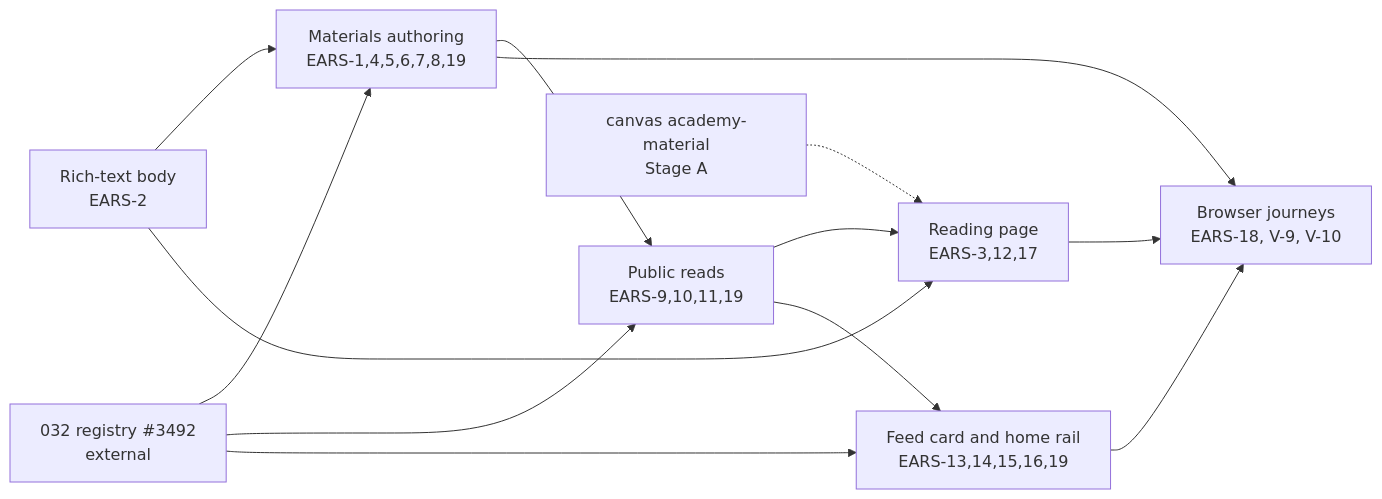
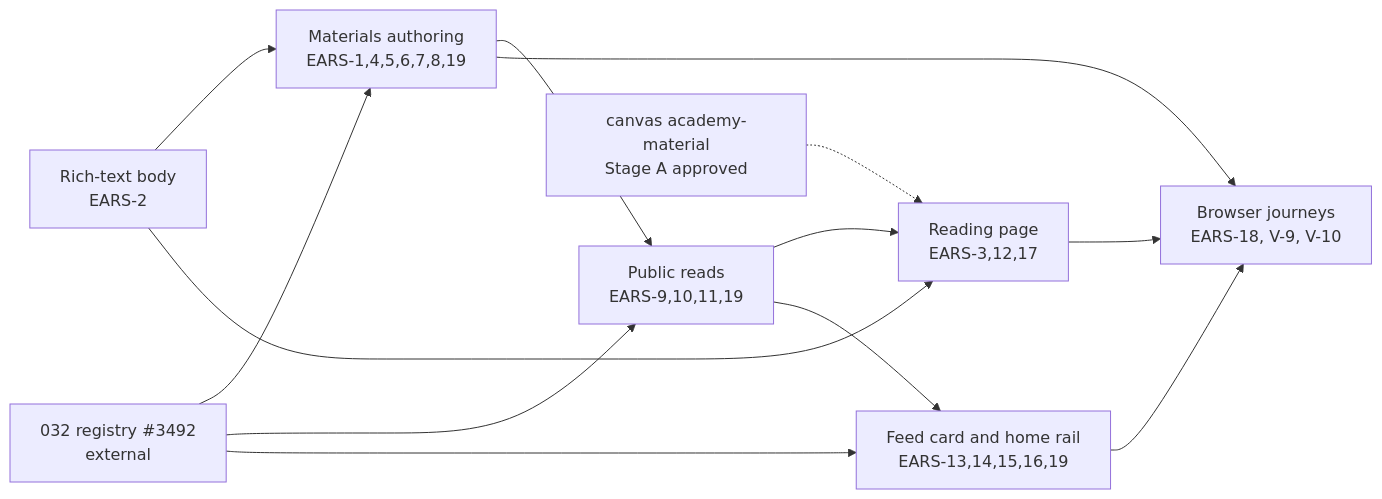
Before and after one commit to doctor-school/ds-platform: the fourth of 4 diagrams in apps/docs/content/specs/features/048-materials-feed/048-design.md, drawn with Mermaid. The commit also changed other lines of this file and 21 other files, not shown here.

````diff
--- a/apps/docs/content/specs/features/048-materials-feed/048-design.md
+++ b/apps/docs/content/specs/features/048-materials-feed/048-design.md
@@ -220,15 +220,15 @@
 ```mermaid
 flowchart LR
   O[032 registry #3492<br/>external] --> A
   O --> R
   O --> H
   B[Rich-text body<br/>EARS-2] --> A[Materials authoring<br/>EARS-1,4,5,6,7,8,19]
   A --> R[Public reads<br/>EARS-9,10,11,19]
   R --> P[Reading page<br/>EARS-3,12,17]
   B --> P
-  C[canvas academy-material<br/>Stage A] -.-> P
+  C[canvas academy-material<br/>Stage A approved] -.-> P
   R --> H[Feed card and home rail<br/>EARS-13,14,15,16,19]
   A --> J[Browser journeys<br/>EARS-18, V-9, V-10]
   P --> J
   H --> J
 ```
````
